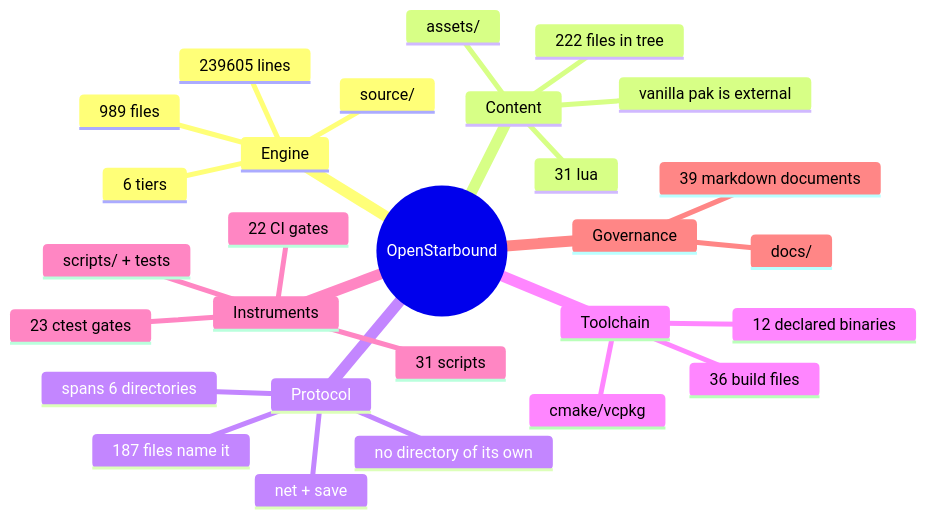
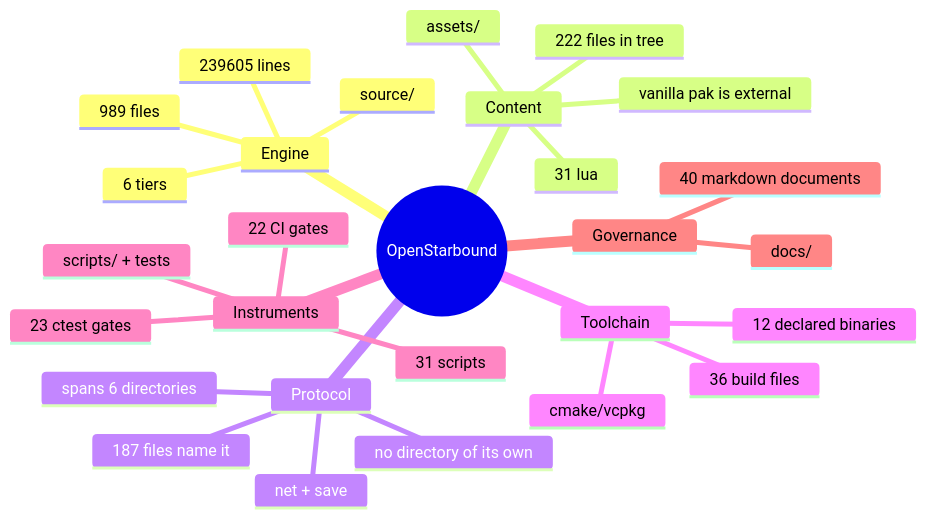
One commit to apnex/OpenStarbound changed the second of 11 diagrams in docs/architecture/system-boundaries.md. Above: the diagram before and after it, drawn with Mermaid. The commit also changed 1 other file, not shown here.

````diff
--- a/docs/architecture/system-boundaries.md
+++ b/docs/architecture/system-boundaries.md
@@ -166,31 +166,31 @@
 ```mermaid
 mindmap
   root((OpenStarbound))
     Engine
       source/
       989 files
       239605 lines
       6 tiers
     Content
       assets/
       222 files in tree
       31 lua
       vanilla pak is external
     Protocol
       net + save
       187 files name it
       spans 6 directories
       no directory of its own
     Toolchain
       cmake/vcpkg
       36 build files
       12 declared binaries
     Instruments
       scripts/ + tests
       31 scripts
       23 ctest gates
       22 CI gates
     Governance
       docs/
-      39 markdown documents
+      40 markdown documents
 ```
````
